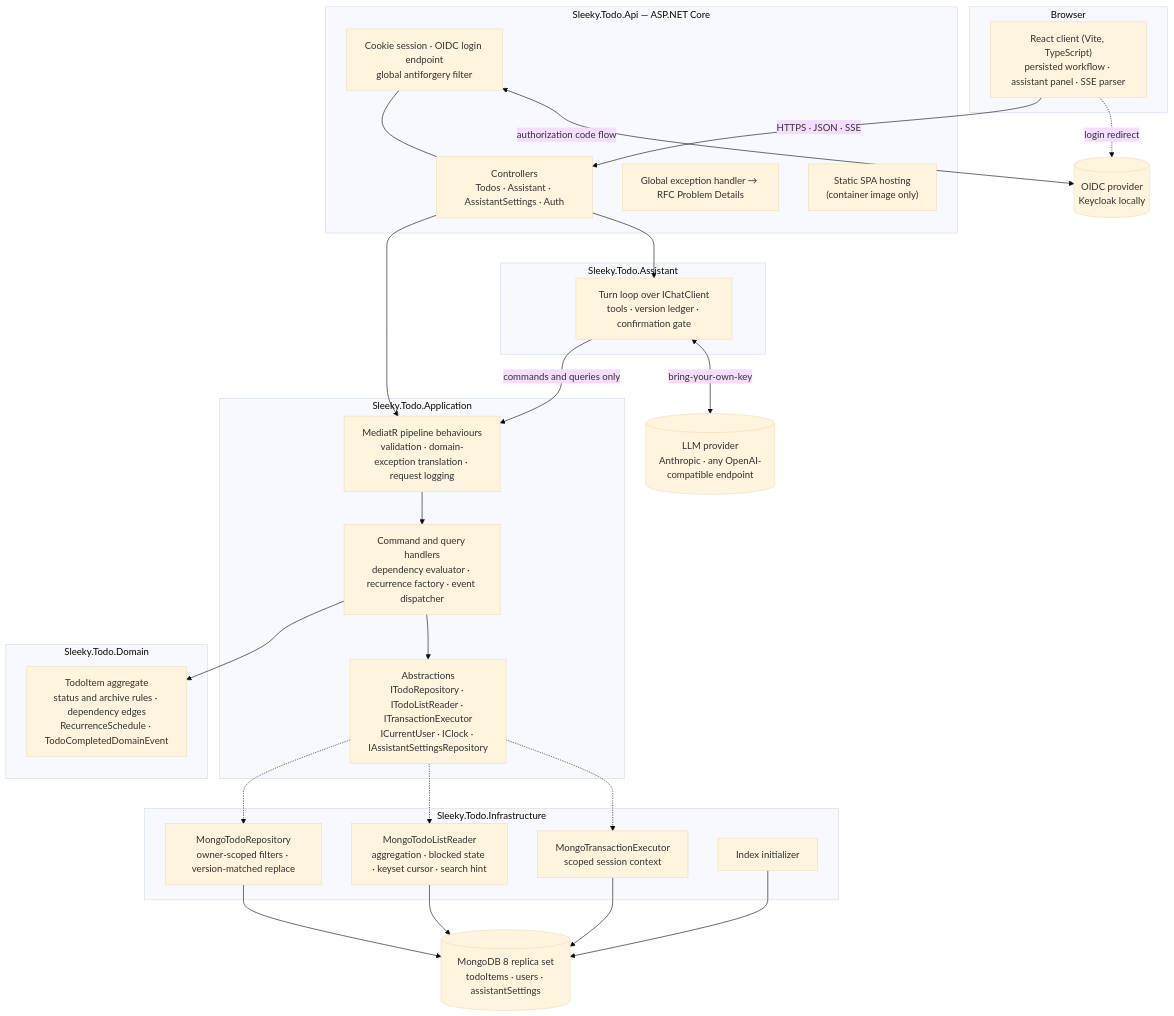
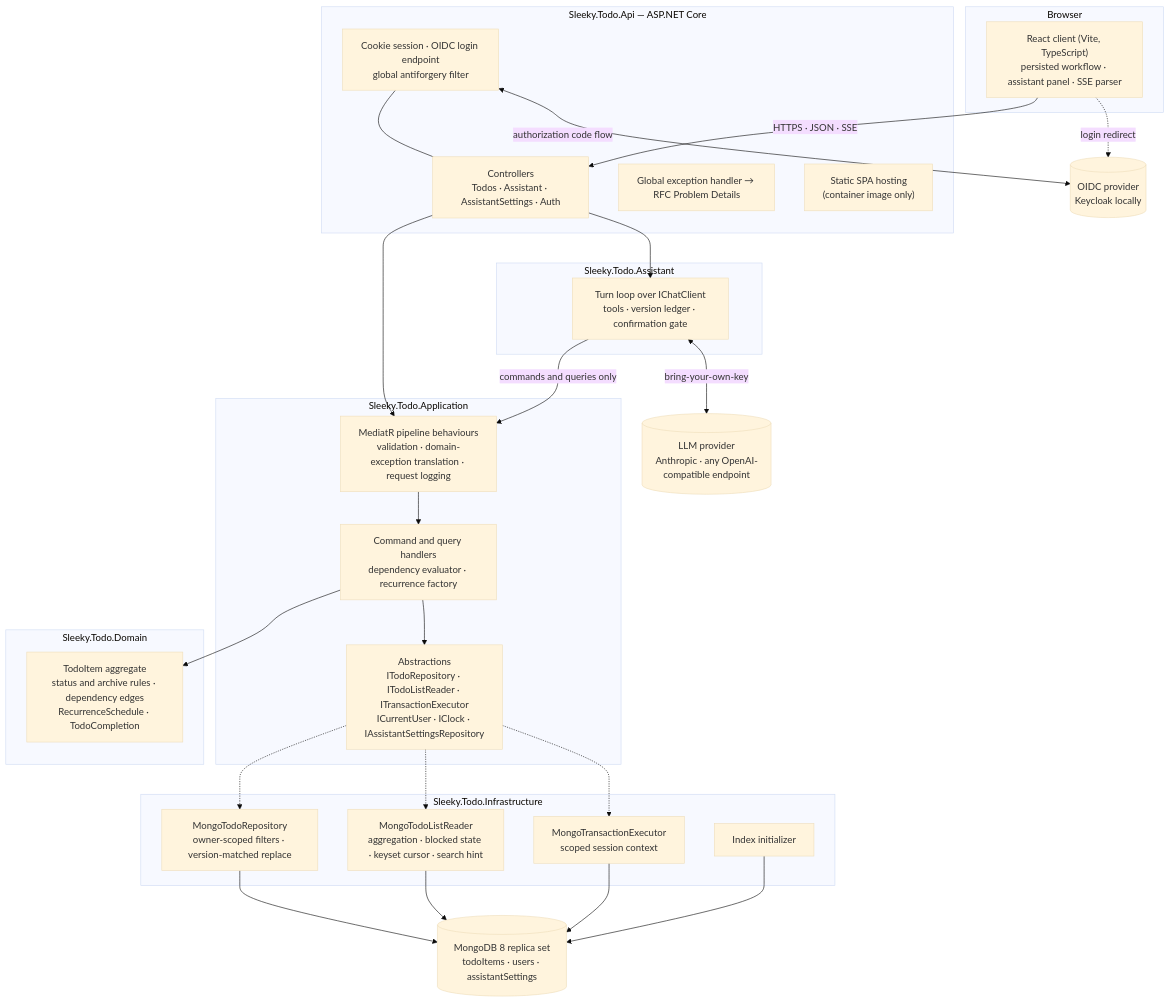
Before and after one commit to Space0Timer/sleeky-todo: the first of 2 diagrams in docs/architecture.md, drawn with Mermaid (base theme). The commit also changed other lines of this file and 1 other file, not shown here.

First line of the commit message:
docs: record the completion and record-type decisions

````diff
--- a/docs/architecture.md
+++ b/docs/architecture.md
@@ -7,57 +7,57 @@
 ```mermaid
 flowchart TB
     subgraph browser["Browser"]
         spa["React client (Vite, TypeScript)<br/>persisted workflow · assistant panel · SSE parser"]
     end
 
     subgraph api["Sleeky.Todo.Api — ASP.NET Core"]
         auth["Cookie session · OIDC login endpoint<br/>global antiforgery filter"]
         controllers["Controllers<br/>Todos · Assistant · AssistantSettings · Auth"]
         problems["Global exception handler → RFC Problem Details"]
         static["Static SPA hosting<br/>(container image only)"]
     end
 
     subgraph assistant["Sleeky.Todo.Assistant"]
         turn["Turn loop over IChatClient<br/>tools · version ledger · confirmation gate"]
     end
 
     subgraph application["Sleeky.Todo.Application"]
         pipeline["MediatR pipeline behaviours<br/>validation · domain-exception translation · request logging"]
-        handlers["Command and query handlers<br/>dependency evaluator · recurrence factory · event dispatcher"]
+        handlers["Command and query handlers<br/>dependency evaluator · recurrence factory"]
         abstractions["Abstractions<br/>ITodoRepository · ITodoListReader · ITransactionExecutor<br/>ICurrentUser · IClock · IAssistantSettingsRepository"]
     end
 
     subgraph domain["Sleeky.Todo.Domain"]
-        entity["TodoItem aggregate<br/>status and archive rules · dependency edges<br/>RecurrenceSchedule · TodoCompletedDomainEvent"]
+        entity["TodoItem aggregate<br/>status and archive rules · dependency edges<br/>RecurrenceSchedule · TodoCompletion"]
     end
 
     subgraph infrastructure["Sleeky.Todo.Infrastructure"]
         repo["MongoTodoRepository<br/>owner-scoped filters · version-matched replace"]
         reader["MongoTodoListReader<br/>aggregation · blocked state · keyset cursor · search hint"]
         tx["MongoTransactionExecutor<br/>scoped session context"]
         startup["Index initializer"]
     end
 
     mongo[("MongoDB 8 replica set<br/>todoItems · users · assistantSettings")]
     idp[("OIDC provider<br/>Keycloak locally")]
     llm[("LLM provider<br/>Anthropic · any OpenAI-compatible endpoint")]
 
     spa -->|"HTTPS · JSON · SSE"| controllers
     spa -.->|"login redirect"| idp
     auth --- controllers
     controllers --> pipeline
     controllers --> turn
     turn -->|"commands and queries only"| pipeline
     turn <-->|"bring-your-own-key"| llm
     pipeline --> handlers
     handlers --> entity
     handlers --> abstractions
     abstractions -.-> repo
     abstractions -.-> reader
     abstractions -.-> tx
     repo --> mongo
     reader --> mongo
     tx --> mongo
     startup --> mongo
     auth <-->|"authorization code flow"| idp
 ```
````
